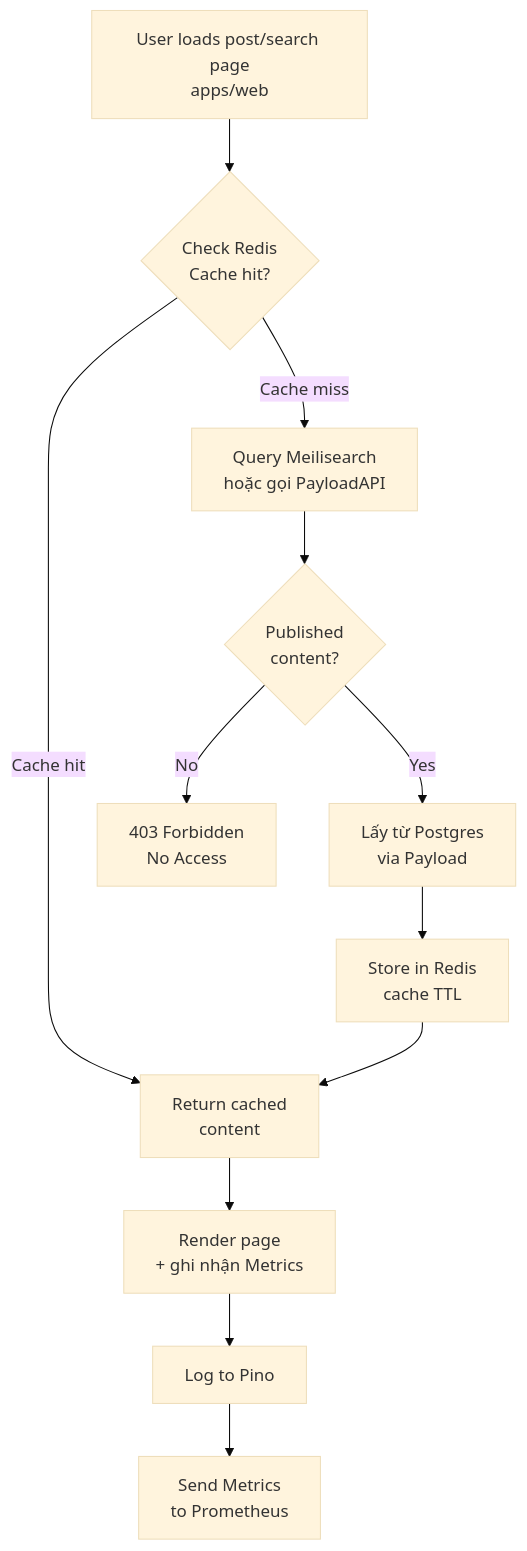
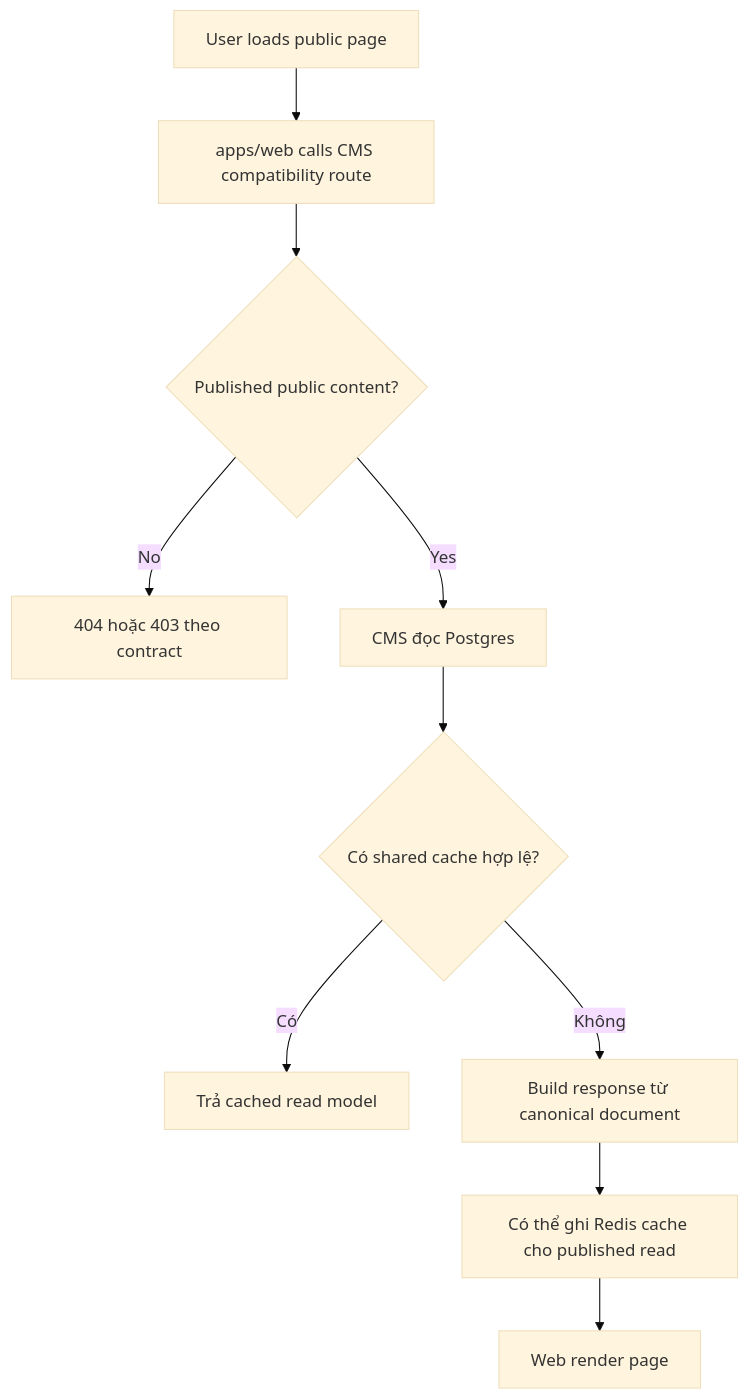
One commit to QuyenVjp/PMTL_VN changed the first of 8 diagrams in design/00-overview/architecture-flows.mmd. Above: the diagram before and after it, drawn with Mermaid (base theme). The commit also changed other lines of this file and 38 other files, not shown here.

````diff
--- a/design/00-overview/architecture-flows.mmd
+++ b/design/00-overview/architecture-flows.mmd
@@ -3,14 +3,12 @@
 ```mermaid
 flowchart TD
-    A["User loads post/search page<br/>apps/web"] --> B{"Check Redis<br/>Cache hit?"}
-    B -->|Cache hit| C["Return cached<br/>content"]
-    C --> D["Render page<br/>+ ghi nhận Metrics"]
-    B -->|Cache miss| E["Query Meilisearch<br/>hoặc gọi PayloadAPI"]
-    E --> F{"Published<br/>content?"}
-    F -->|No| G["403 Forbidden<br/>No Access"]
-    F -->|Yes| H["Lấy từ Postgres<br/>via Payload"]
-    H --> I["Store in Redis<br/>cache TTL"]
-    I --> C
-    D --> J["Log to Pino"]
-    J --> K["Send Metrics<br/>to Prometheus"]
+    A["User loads public page"] --> B["apps/web calls CMS compatibility route"]
+    B --> C{"Published public content?"}
+    C -->|No| D["404 hoặc 403 theo contract"]
+    C -->|Yes| E["CMS đọc Postgres"]
+    E --> F{"Có shared cache hợp lệ?"}
+    F -->|Có| G["Trả cached read model"]
+    F -->|Không| H["Build response từ canonical document"]
+    H --> I["Có thể ghi Redis cache cho published read"]
+    I --> J["Web render page"]
 ```
````
